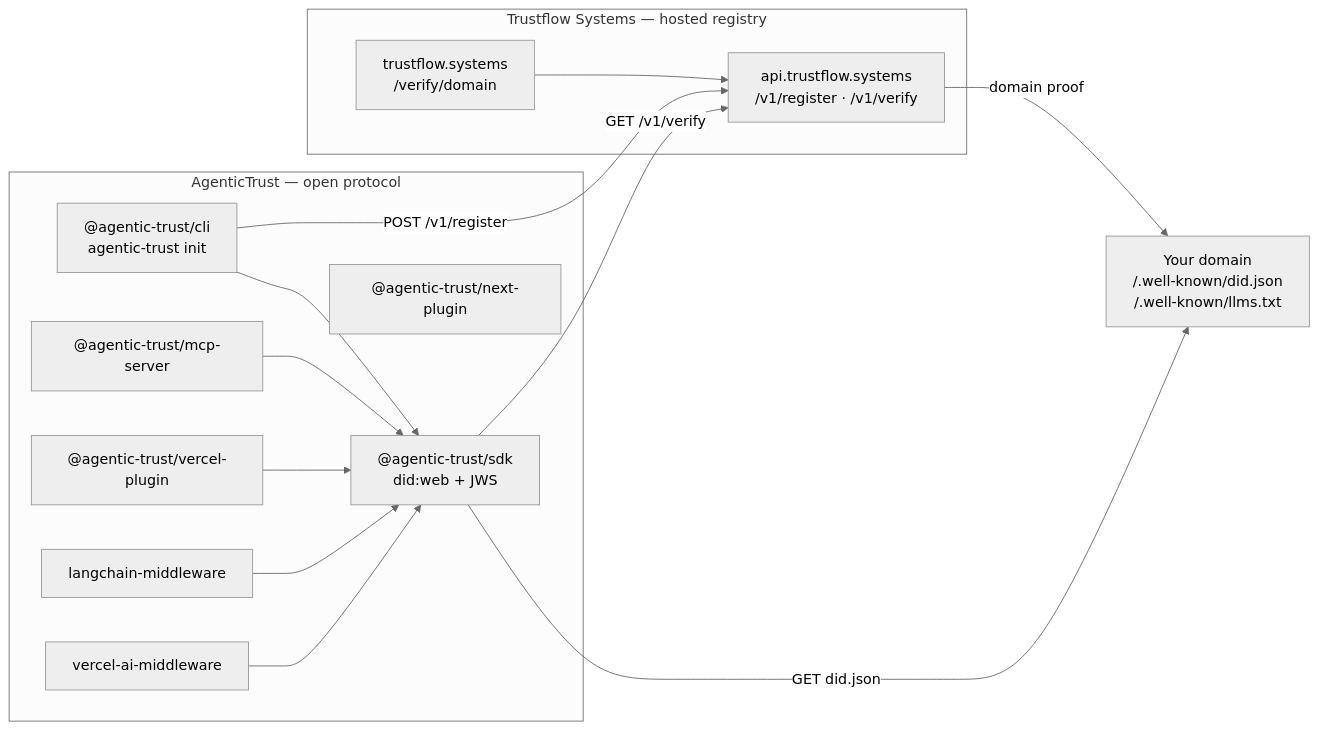
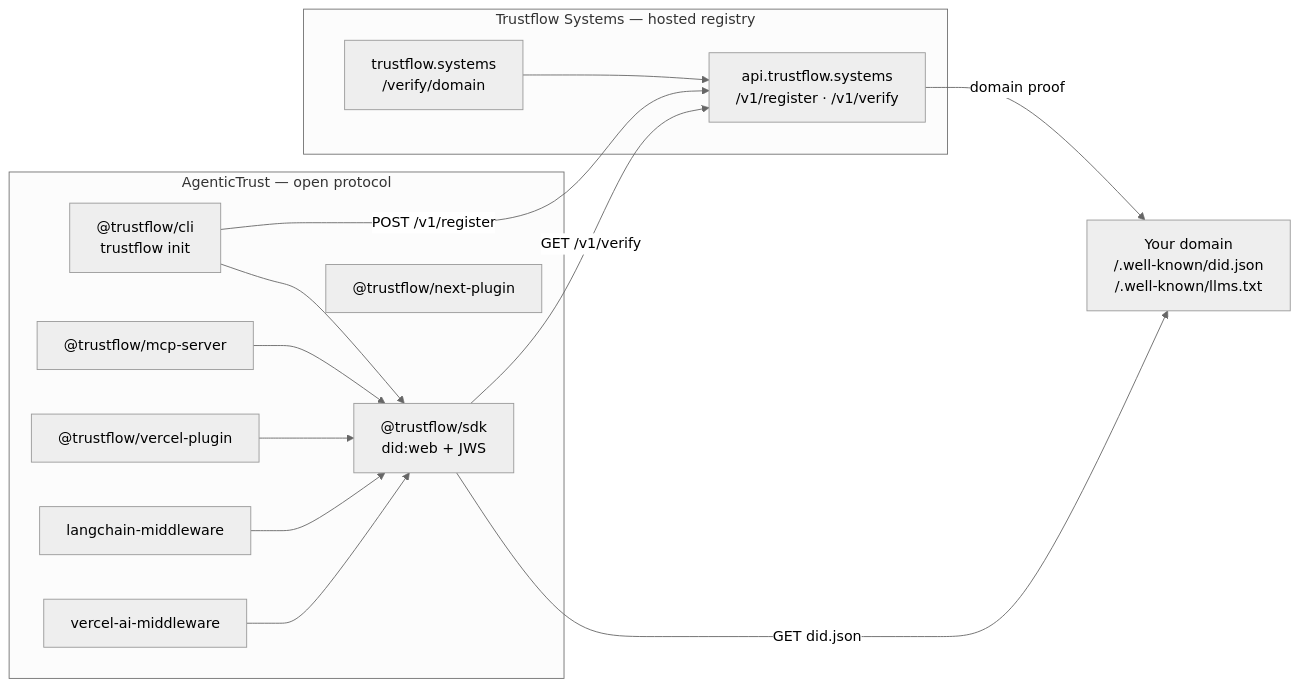
One commit to etienne-source/agent-trust-sdk changed the diagram in README.md. Above: the diagram before and after it, drawn with Mermaid (neutral theme). The commit also changed other lines of this file and 167 other files, not shown here.

First line of the commit message:
Rename publishable npm scope from @agentic-trust to @trustflow. (#21)

````diff
--- a/README.md
+++ b/README.md
@@ -25,30 +25,30 @@
 ```mermaid
 flowchart LR
   subgraph agents [AgenticTrust — open protocol]
-    CLI["@agentic-trust/cli<br/>agentic-trust init"]
-    SDK["@agentic-trust/sdk<br/>did:web + JWS"]
-    MCP["@agentic-trust/mcp-server"]
-    NEXT["@agentic-trust/next-plugin"]
-    VERCEL["@agentic-trust/vercel-plugin"]
+    CLI["@trustflow/cli<br/>trustflow init"]
+    SDK["@trustflow/sdk<br/>did:web + JWS"]
+    MCP["@trustflow/mcp-server"]
+    NEXT["@trustflow/next-plugin"]
+    VERCEL["@trustflow/vercel-plugin"]
     LC["langchain-middleware"]
     VAI["vercel-ai-middleware"]
   end
 
   subgraph registry [Trustflow Systems — hosted registry]
     SITE["trustflow.systems<br/>/verify/domain"]
     API["api.trustflow.systems<br/>/v1/register · /v1/verify"]
   end
 
   DOMAIN["Your domain<br/>/.well-known/did.json<br/>/.well-known/llms.txt"]
 
   CLI --> SDK
   MCP --> SDK
   LC --> SDK
   VAI --> SDK
   VERCEL --> SDK
   CLI -->|"POST /v1/register"| API
   SDK -->|"GET did.json"| DOMAIN
   SDK -->|"GET /v1/verify"| API
   SITE --> API
   API -->|"domain proof"| DOMAIN
 ```
````
